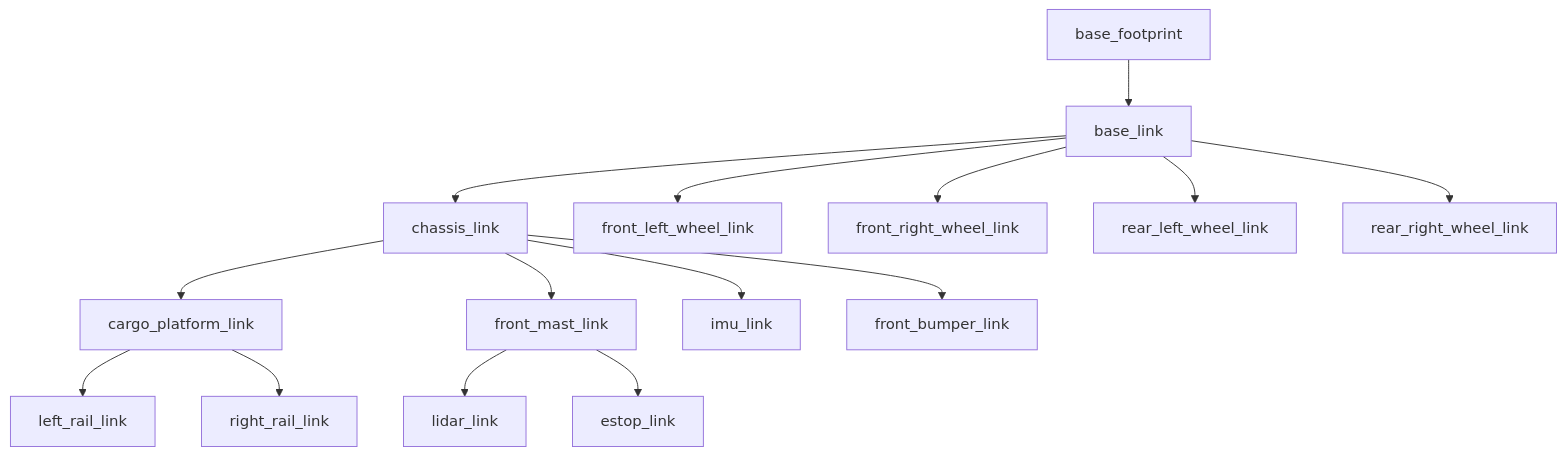
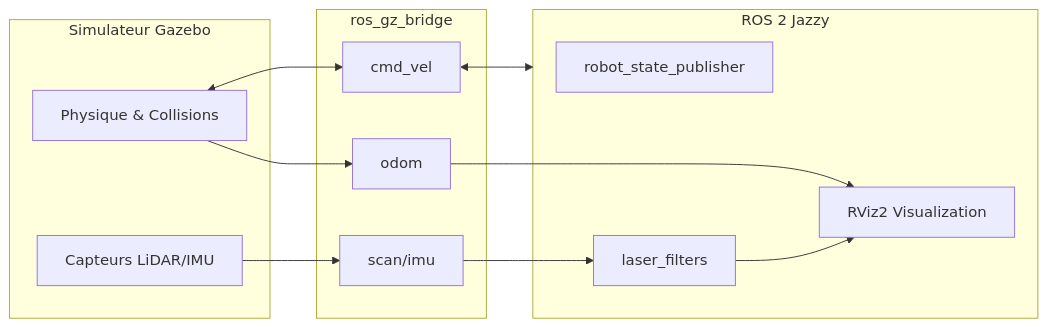
Before and after one commit to razafiarisonialy/Mobile-autonome-Robot-UDM-MIAR: the diagram in walkthrough.md, drawn with Mermaid. The commit also changed other lines of this file and 26 other files, not shown here.

````diff
--- a/walkthrough.md
+++ b/walkthrough.md
@@ -67,17 +43,23 @@
 ```mermaid
-graph TD
-    BF[base_footprint] --> BL[base_link]
-    BL --> CL[chassis_link]
-    BL --> FL[front_left_wheel_link]
-    BL --> FR[front_right_wheel_link]
-    BL --> RL[rear_left_wheel_link]
-    BL --> RR[rear_right_wheel_link]
-    CL --> CP[cargo_platform_link]
-    CL --> FM[front_mast_link]
-    CL --> IMU[imu_link]
-    CL --> FB[front_bumper_link]
-    FM --> LD[lidar_link]
-    FM --> ES[estop_link]
-    CP --> L_RAIL[left_rail_link]
-    CP --> R_RAIL[right_rail_link]
+graph LR
+    subgraph Gazebo_Harmonic [Simulateur Gazebo]
+        GZ_Phys[Physique & Collisions]
+        GZ_Sens[Capteurs LiDAR/IMU]
+    end
+
+    subgraph Bridge [ros_gz_bridge]
+        B_Vel[cmd_vel]
+        B_Odom[odom]
+        B_Sens[scan/imu]
+    end
+
+    subgraph ROS2 [ROS 2 Jazzy]
+        R_RSP[robot_state_publisher]
+        R_Filter[laser_filters]
+        R_RViz[RViz2 Visualization]
+    end
+
+    GZ_Phys <--> B_Vel <--> ROS2
+    GZ_Sens --> B_Sens --> R_Filter --> R_RViz
+    GZ_Phys --> B_Odom --> R_RViz
 ```
````
